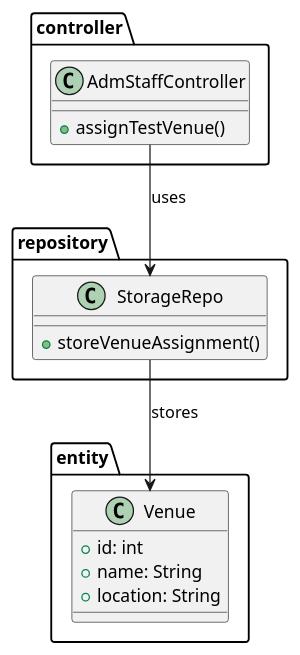
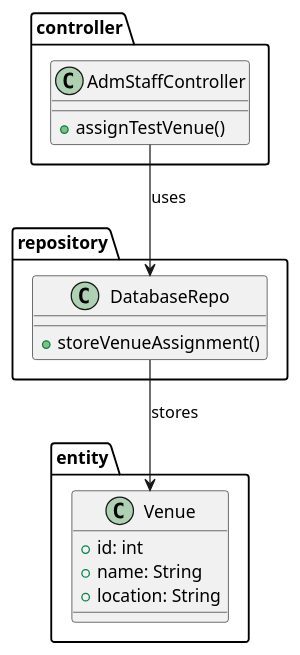
The diagram in SWD392/class_diagrams/38_assign_test_venue.puml (iamSlightlyWind/Legacy), drawn with PlantUML before and after one commit. The commit also changed 9 other files, not shown here.

```diff
--- a/SWD392/class_diagrams/38_assign_test_venue.puml
+++ b/SWD392/class_diagrams/38_assign_test_venue.puml
@@ -1,24 +1,24 @@
 @startuml
 package controller {
     class AdmStaffController {
         +assignTestVenue()
     }
 }
 
 package repository {
-    class StorageRepo {
+    class DatabaseRepo {
         +storeVenueAssignment()
     }
 }
 
 package entity {
     class Venue {
         +id: int
         +name: String
         +location: String
     }
 }
 
-AdmStaffController --> StorageRepo : uses
-StorageRepo --> Venue : stores
+AdmStaffController --> DatabaseRepo : uses
+DatabaseRepo --> Venue : stores
 @enduml
```
